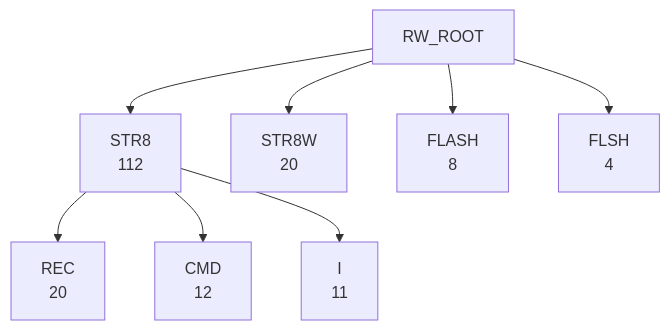
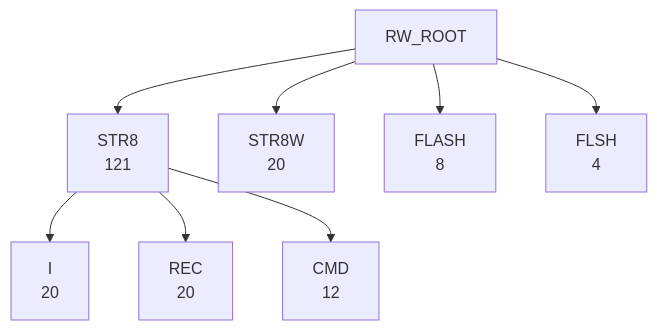
The fifth of 6 diagrams in DOC/GENERATED/ROUTINE_WORD_TREE.md (95westus/R-YORS), drawn with Mermaid before and after one commit. The commit also changed other lines of this file and 20 other files, not shown here.

````diff
--- a/DOC/GENERATED/ROUTINE_WORD_TREE.md
+++ b/DOC/GENERATED/ROUTINE_WORD_TREE.md
@@ -77,10 +77,10 @@
 ```mermaid
 flowchart TD
-    RW_ROOT --> RW_STR8["STR8<br/>112"]
+    RW_ROOT --> RW_STR8["STR8<br/>121"]
     RW_ROOT --> RW_STR8W["STR8W<br/>20"]
     RW_ROOT --> RW_FLASH["FLASH<br/>8"]
     RW_ROOT --> RW_FLSH["FLSH<br/>4"]
+    RW_STR8 --> RW_STR8_I["I<br/>20"]
     RW_STR8 --> RW_STR8_REC["REC<br/>20"]
     RW_STR8 --> RW_STR8_CMD["CMD<br/>12"]
-    RW_STR8 --> RW_STR8_I["I<br/>11"]
 ```
````
